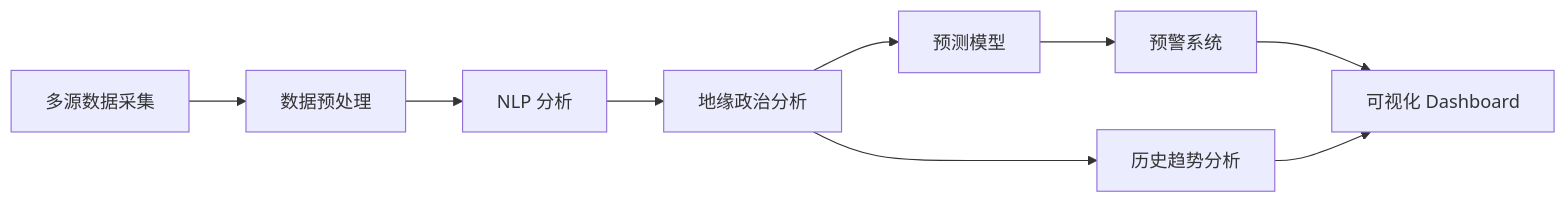
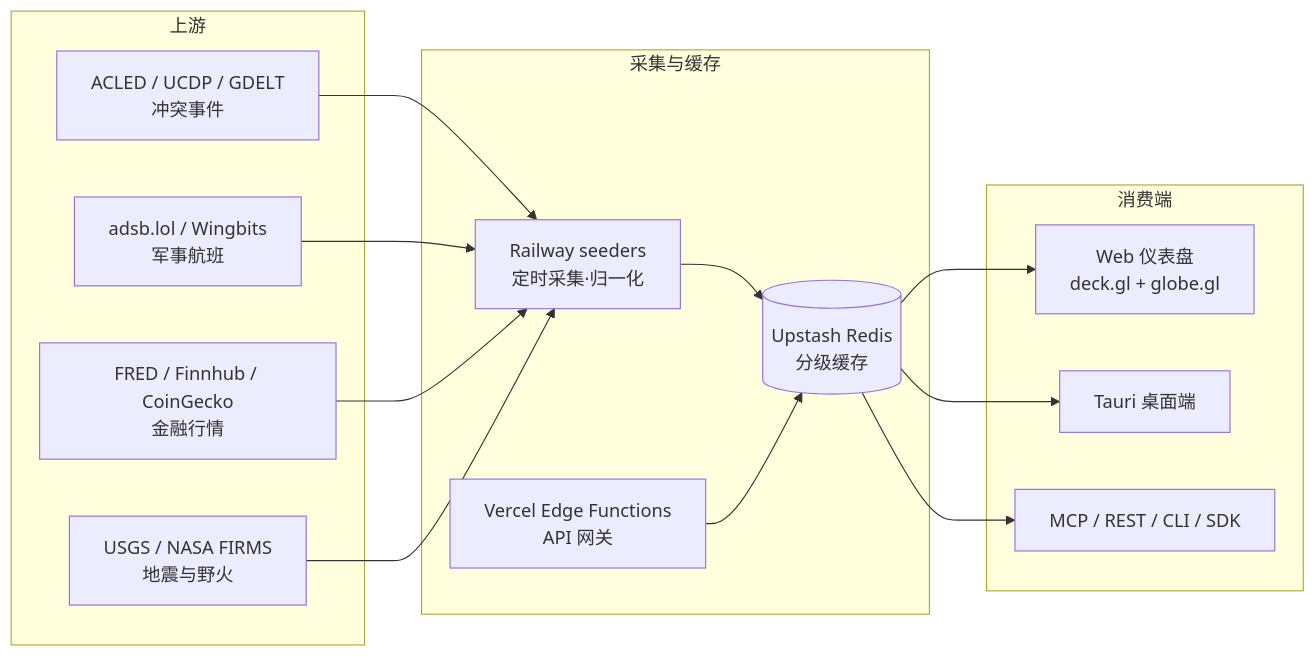
Before and after one commit to A1pha3/text-matrix: the diagram in content/posts/tech/worldmonitor-geopolitical-monitoring-system-guide.md, drawn with Mermaid. The commit also changed other lines of this file and 331 other files, not shown here.

````diff
--- a/content/posts/tech/worldmonitor-geopolitical-monitoring-system-guide.md
+++ b/content/posts/tech/worldmonitor-geopolitical-monitoring-system-guide.md
@@ -62,12 +39,28 @@
 ```mermaid
 graph LR
-    A["多源数据采集"] --> B["数据预处理"]
-    B --> C["NLP 分析"]
-    C --> D["地缘政治分析"]
-    D --> E["预测模型"]
-    E --> F["预警系统"]
-    F --> G["可视化 Dashboard"]
-    
-    D --> H["历史趋势分析"]
-    H --> G
+    subgraph 上游
+        A["ACLED / UCDP / GDELT<br/>冲突事件"]
+        B["adsb.lol / Wingbits<br/>军事航班"]
+        C["FRED / Finnhub / CoinGecko<br/>金融行情"]
+        D["USGS / NASA FIRMS<br/>地震与野火"]
+    end
+    subgraph 采集与缓存
+        E["Railway seeders<br/>定时采集·归一化"]
+        F["Vercel Edge Functions<br/>API 网关"]
+        G[("Upstash Redis<br/>分级缓存")]
+    end
+    subgraph 消费端
+        H["Web 仪表盘<br/>deck.gl + globe.gl"]
+        I["Tauri 桌面端"]
+        J["MCP / REST / CLI / SDK"]
+    end
+    A --> E
+    B --> E
+    C --> E
+    D --> E
+    E --> G
+    F --> G
+    G --> H
+    G --> I
+    G --> J
 ```
````
